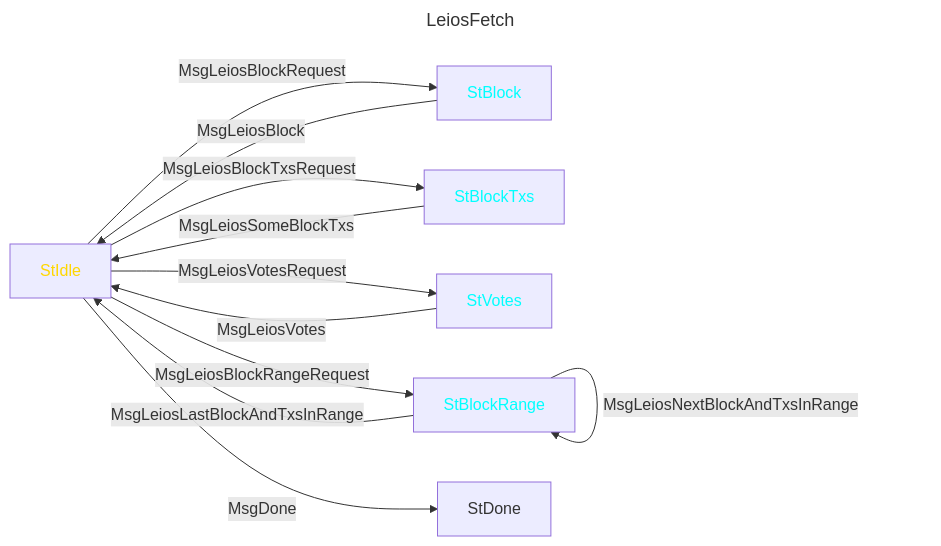
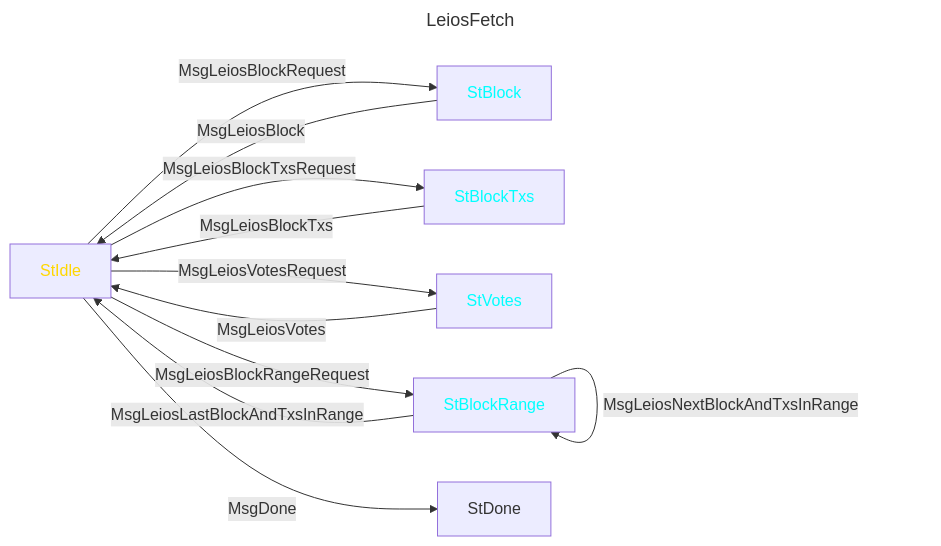
The second of 2 diagrams in docs/cip/README.md (input-output-hk/ouroboros-leios), drawn with Mermaid before and after one commit. The commit also changed other lines of this file, not shown here.

````diff
--- a/docs/cip/README.md
+++ b/docs/cip/README.md
@@ -1149,18 +1149,18 @@
 ```mermaid
 ---
 title: LeiosFetch
 ---
 graph LR
    style StIdle color:gold;
    style StBlock color:cyan;
    style StBlockTxs color:cyan;
    style StVotes color:cyan;
    style StBlockRange color:cyan;
 
    StIdle -->|MsgLeiosBlockRequest| StBlock -->|MsgLeiosBlock| StIdle
-   StIdle -->|MsgLeiosBlockTxsRequest| StBlockTxs -->|MsgLeiosSomeBlockTxs| StIdle
+   StIdle -->|MsgLeiosBlockTxsRequest| StBlockTxs -->|MsgLeiosBlockTxs| StIdle
    StIdle -->|MsgLeiosVotesRequest| StVotes -->|MsgLeiosVotes| StIdle
    StIdle -->|MsgLeiosBlockRangeRequest| StBlockRange -->|MsgLeiosNextBlockAndTxsInRange| StBlockRange -->|MsgLeiosLastBlockAndTxsInRange| StIdle
 
    StIdle -->|MsgDone| StDone
 ```
````
